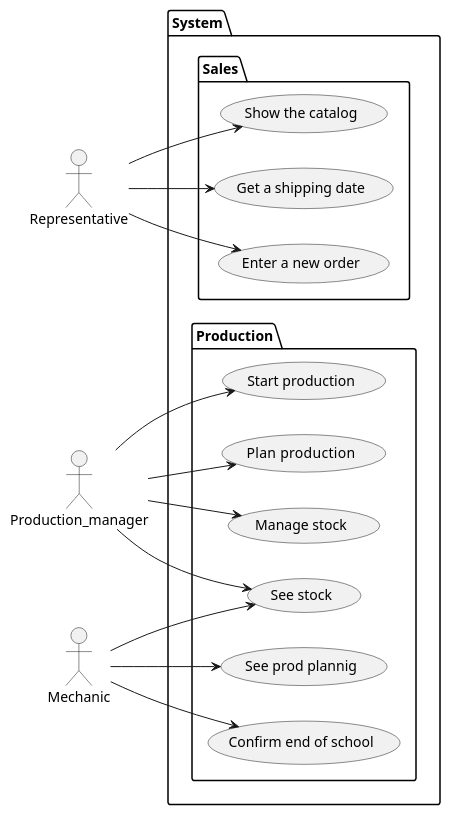
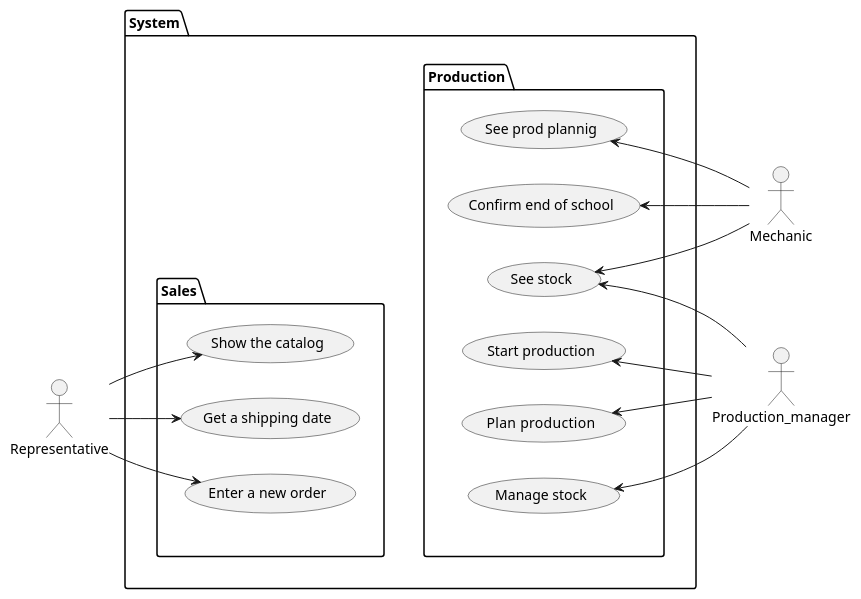
Before and after one commit to fred-corp/Bovelo_PG3L_ECAM: the diagram in diagrams/user-case/System Prototype.plantuml, drawn with PlantUML.

Commit message:
PP-3 changed layout

```diff
--- a/diagrams/user-case/System Prototype.plantuml
+++ b/diagrams/user-case/System Prototype.plantuml
@@ -1,36 +1,40 @@
-@startuml System Prototype
+@startuml Prototype
+
+left to right direction
 
 :Representative:
 :Production_manager:
 :Mechanic:
 
 Package System{
 	left to right direction
 	Package Sales{
 		(Show the catalog) as (uc1)
 		(Get a shipping date) as (uc6)
 		(Enter a new order) as (uc5)
 	}
-	
+
 	Package Production{
 		(See prod plannig) as (uc2)
 		(See stock) as (uc3)
 		(Confirm end of school) as (uc4)
 		(Start production) as (uc7)
 		(Plan  production) as (uc8)
 		(Manage stock) as (uc9)
 	}
 }
 
-Production_manager --> uc3
-Production_manager --> uc7
-Production_manager --> uc8
-Production_manager --> uc9
-Mechanic --> uc2
-Mechanic --> uc3
-Mechanic --> uc4
+uc3 <-- Production_manager
+uc7 <-- Production_manager
+uc8 <-- Production_manager
+uc9 <-- Production_manager
+uc2 <-- Mechanic 
+uc3 <-- Mechanic 
+uc4 <-- Mechanic 
 Representative --> uc1
 Representative --> uc5
 Representative --> uc6
 
+Sales -[hidden]-> Production
+
 @enduml
```
